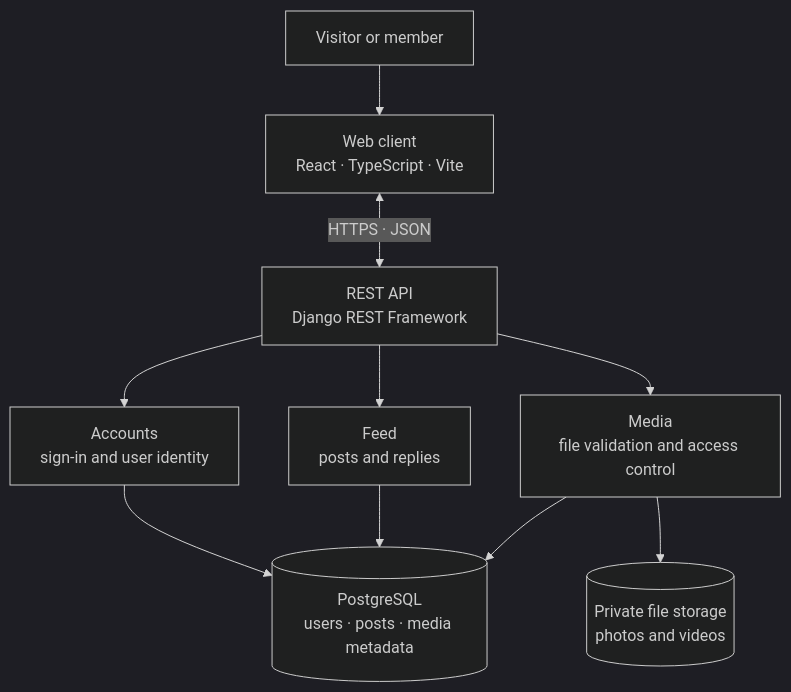
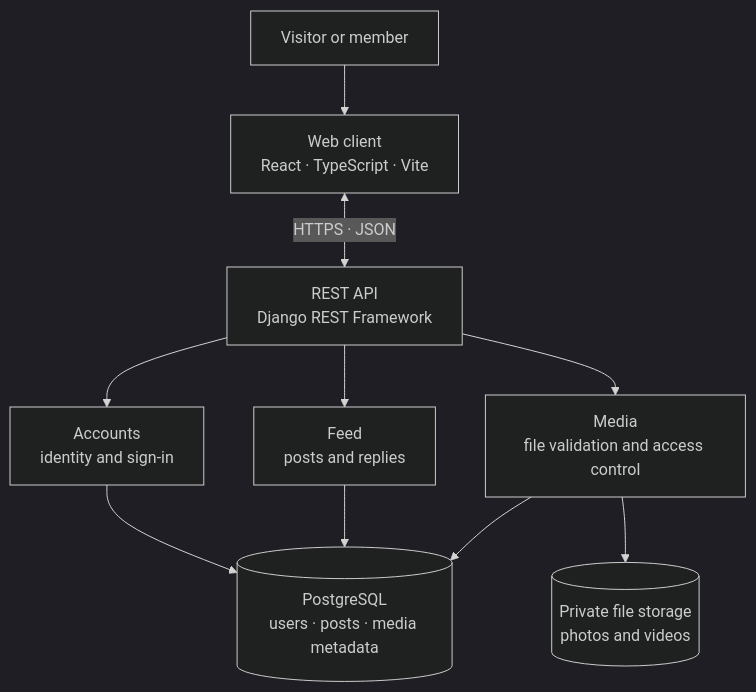
Before and after one commit to IsaacToDv/FraterChrist: the first of 2 diagrams in README.md, drawn with Mermaid (dark theme). The commit also changed other lines of this file, not shown here.

Commit message:
docs: enhance README navigation, visual identity and roadmap

```diff
--- a/README.md
+++ b/README.md
@@ -67,21 +73,21 @@
 ~~~mermaid
 flowchart TB
     Visitor["Visitor or member"]
     Web["Web client<br/>React · TypeScript · Vite"]
     API["REST API<br/>Django REST Framework"]
-    Accounts["Accounts<br/>sign-in and user identity"]
+    Accounts["Accounts<br/>identity and sign-in"]
     Feed["Feed<br/>posts and replies"]
     Media["Media<br/>file validation and access control"]
     DB[("PostgreSQL<br/>users · posts · media metadata")]
     Storage[("Private file storage<br/>photos and videos")]
 
     Visitor --> Web
     Web <-->|HTTPS · JSON| API
     API --> Accounts
     API --> Feed
     API --> Media
     Accounts --> DB
     Feed --> DB
     Media --> DB
     Media --> Storage
 ~~~
```
